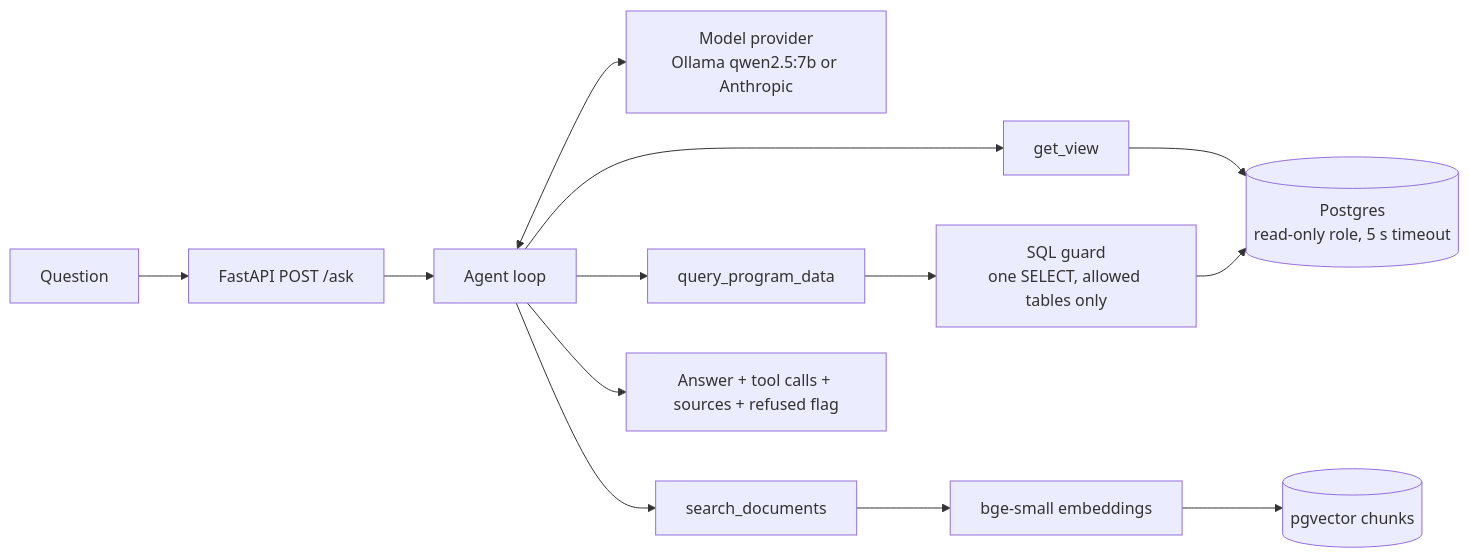
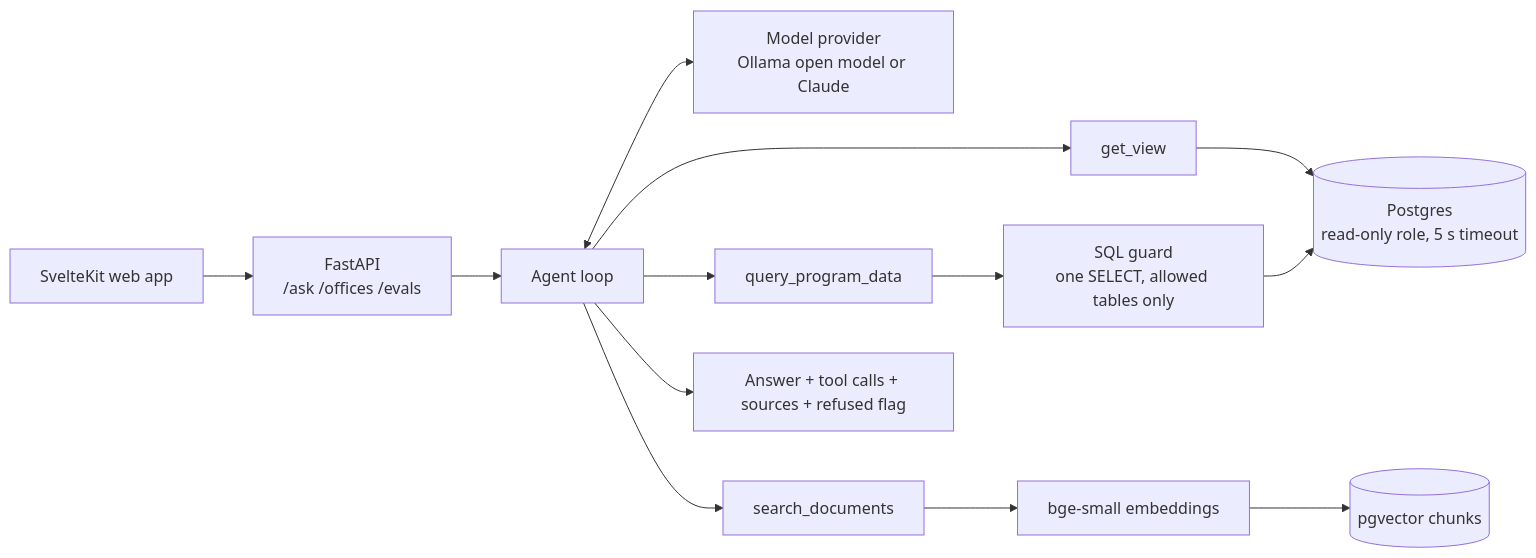
One commit to Emmanuel-m42/program-data-assistant changed the diagram in README.md. Above: the diagram before and after it, drawn with Mermaid. The commit also changed other lines of this file, not shown here.

Commit message:
README: web app, API, Claude switch, local run of the whole stack, layout, deployment placeholder

````diff
--- a/README.md
+++ b/README.md
@@ -13,15 +13,15 @@
 ```mermaid
 flowchart LR
-    Q[Question] --> API[FastAPI POST /ask]
+    W[SvelteKit web app] --> API[FastAPI<br/>/ask /offices /evals]
     API --> A[Agent loop]
-    A <--> M[Model provider<br/>Ollama qwen2.5:7b or Anthropic]
+    A <--> M[Model provider<br/>Ollama open model or Claude]
     A --> T0[get_view]
     T0 --> R
     A --> T1[query_program_data]
     A --> T2[search_documents]
     T1 --> G[SQL guard<br/>one SELECT, allowed tables only]
     G --> R[(Postgres<br/>read-only role, 5 s timeout)]
     T2 --> E[bge-small embeddings]
     E --> V[(pgvector chunks)]
     A --> O[Answer + tool calls + sources + refused flag]
 ```
````
